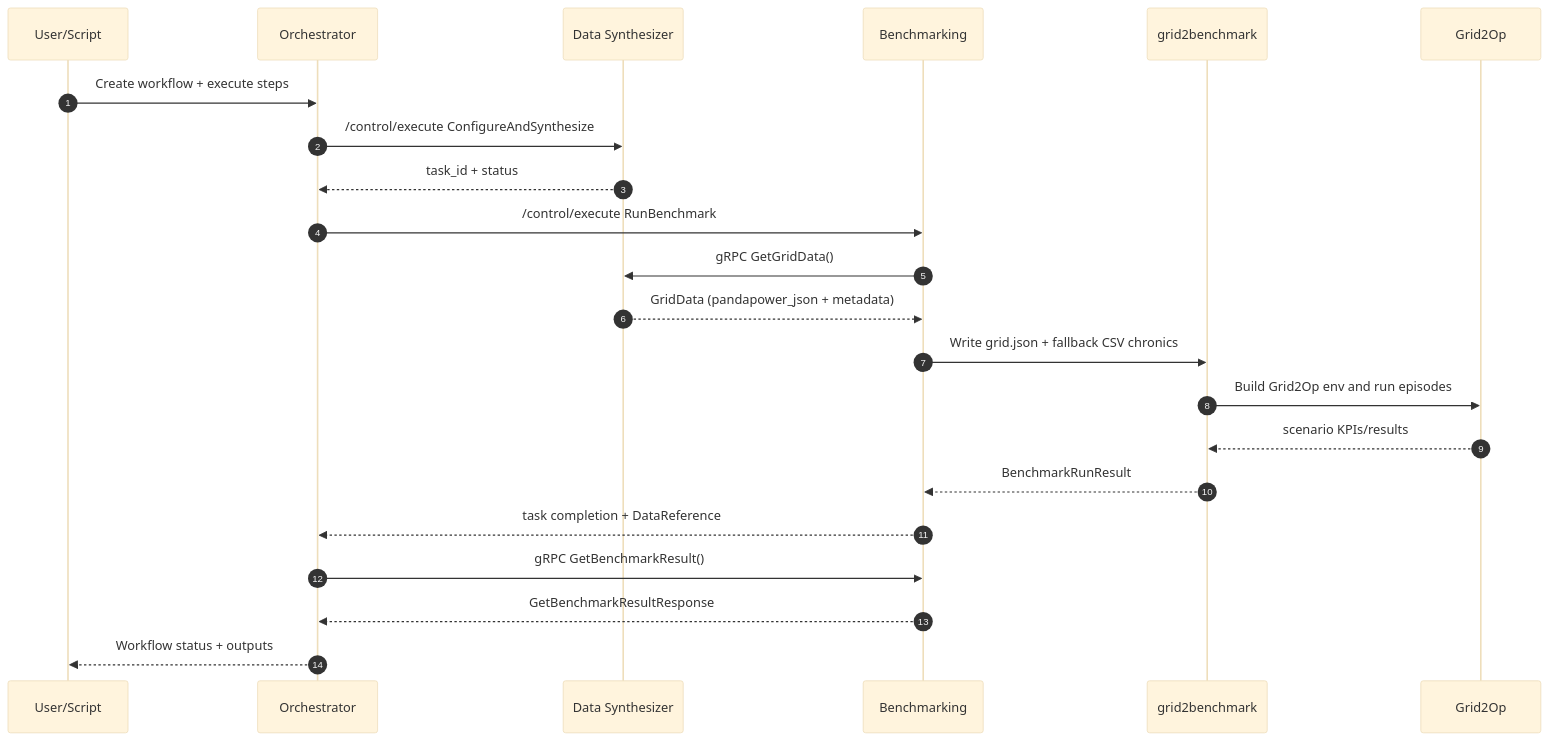
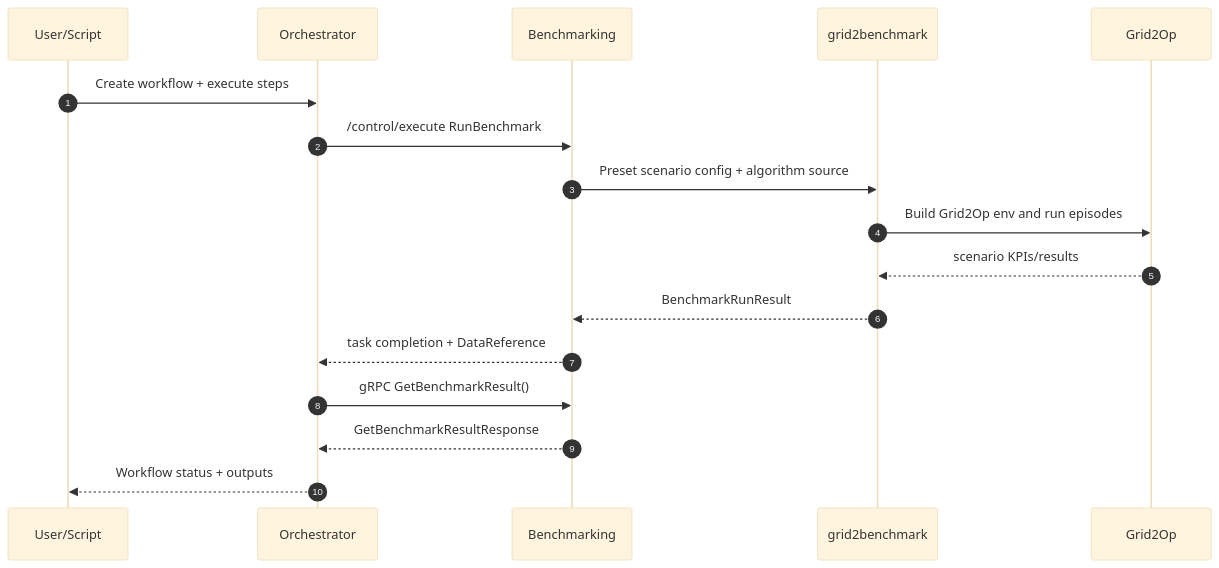
Before and after one commit to paulban/ai-effect-wp3: the diagram in use-cases/dutch-node-benchmarking/services/benchmarking/README.md, drawn with Mermaid (base theme). The commit also changed other lines of this file and 12 other files, not shown here.

````diff
--- a/use-cases/dutch-node-benchmarking/services/benchmarking/README.md
+++ b/use-cases/dutch-node-benchmarking/services/benchmarking/README.md
@@ -54,28 +50,22 @@
 ```mermaid
 sequenceDiagram
   autonumber
   participant U as User/Script
   participant O as Orchestrator
-  participant DS as Data Synthesizer
   participant BM as Benchmarking
   participant G2B as grid2benchmark
   participant G2O as Grid2Op
 
   U->>O: Create workflow + execute steps
-  O->>DS: /control/execute ConfigureAndSynthesize
-  DS-->>O: task_id + status
+  O->>BM: /control/execute RunBenchmark
 
-  O->>BM: /control/execute RunBenchmark
-  BM->>DS: gRPC GetGridData()
-  DS-->>BM: GridData (pandapower_json + metadata)
-
-  BM->>G2B: Write grid.json + fallback CSV chronics
+  BM->>G2B: Preset scenario config + algorithm source
   G2B->>G2O: Build Grid2Op env and run episodes
   G2O-->>G2B: scenario KPIs/results
   G2B-->>BM: BenchmarkRunResult
   BM-->>O: task completion + DataReference
 
   O->>BM: gRPC GetBenchmarkResult()
   BM-->>O: GetBenchmarkResultResponse
   O-->>U: Workflow status + outputs
 ```
````
